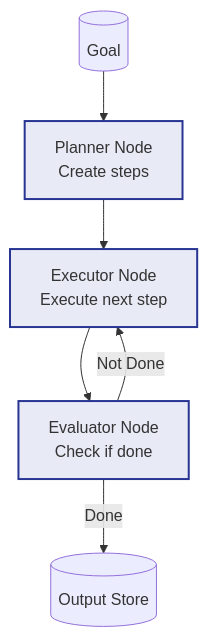
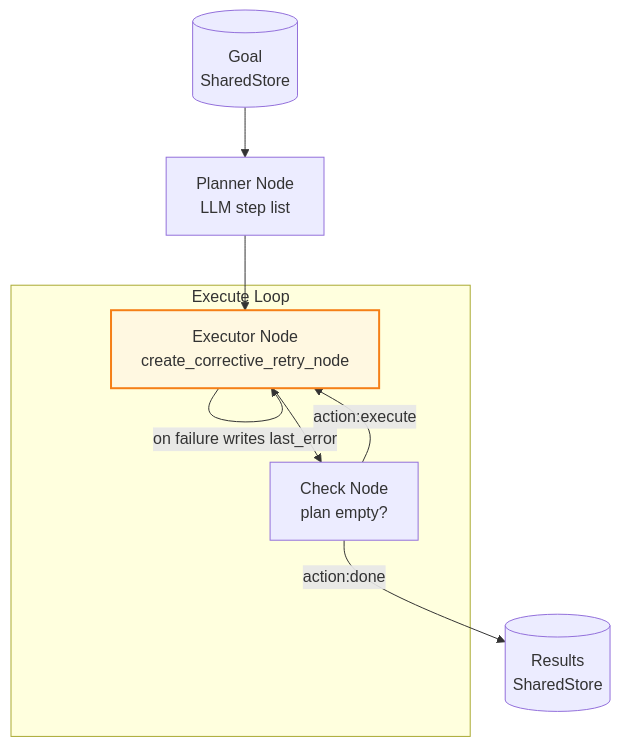
One commit to EzekTec-Inc/AgentFlow changed the diagram in examples/PLAN_AND_EXECUTE.md. Above: the diagram before and after it, drawn with Mermaid. The commit also changed other lines of this file and 23 other files, not shown here.

````diff
--- a/examples/PLAN_AND_EXECUTE.md
+++ b/examples/PLAN_AND_EXECUTE.md
@@ -18,11 +28,14 @@
 ```mermaid
 graph TD
-    Goal[(Goal)] --> Planner[Planner Node<br>Create steps]
-    Planner --> Executor[Executor Node<br>Execute next step]
-    Executor --> Eval[Evaluator Node<br>Check if done]
-    Eval -->|Not Done| Executor
-    Eval -->|Done| End[(Output Store)]
-    
-    classDef plan fill:#e8eaf6,stroke:#283593,stroke-width:2px;
-    class Planner,Executor,Eval plan;
+    Goal[(Goal<br>SharedStore)] --> Planner[Planner Node<br>LLM step list]
+    Planner --> Executor
+    subgraph ExecuteLoop[Execute Loop]
+        Executor[Executor Node<br>create_corrective_retry_node] -->|on failure writes last_error| Executor
+        Executor --> Check[Check Node<br>plan empty?]
+        Check -->|action:execute| Executor
+    end
+    Check -->|action:done| Output[(Results<br>SharedStore)]
+
+    classDef corrective fill:#fff8e1,stroke:#f57f17,stroke-width:2px;
+    class Executor corrective;
 ```
````
